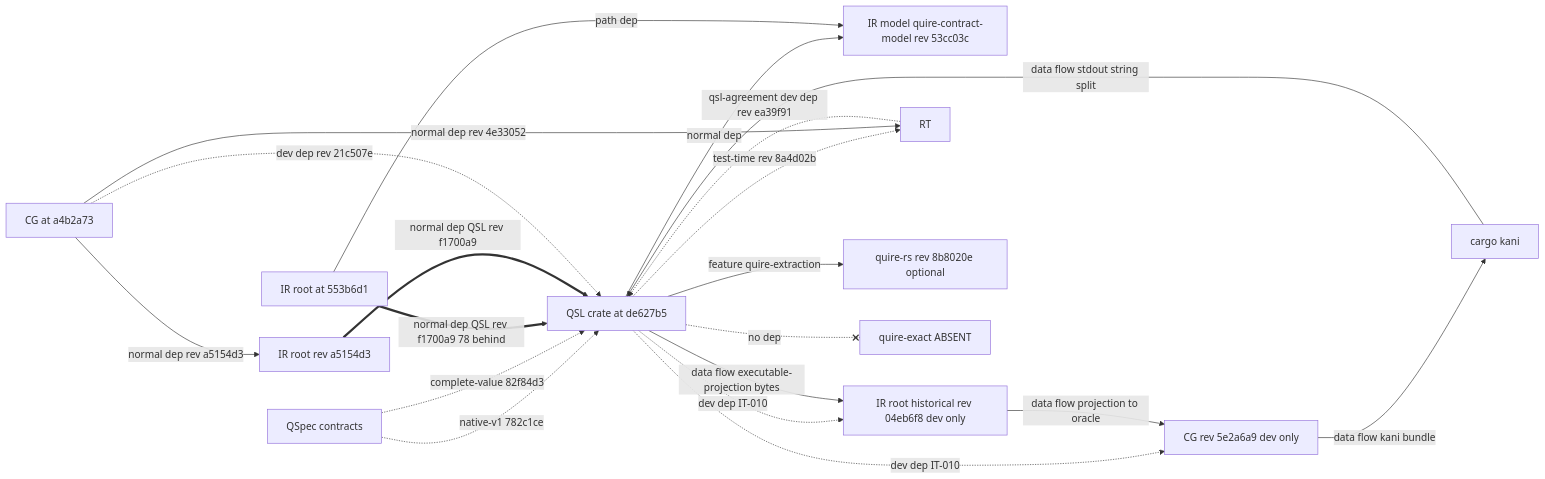
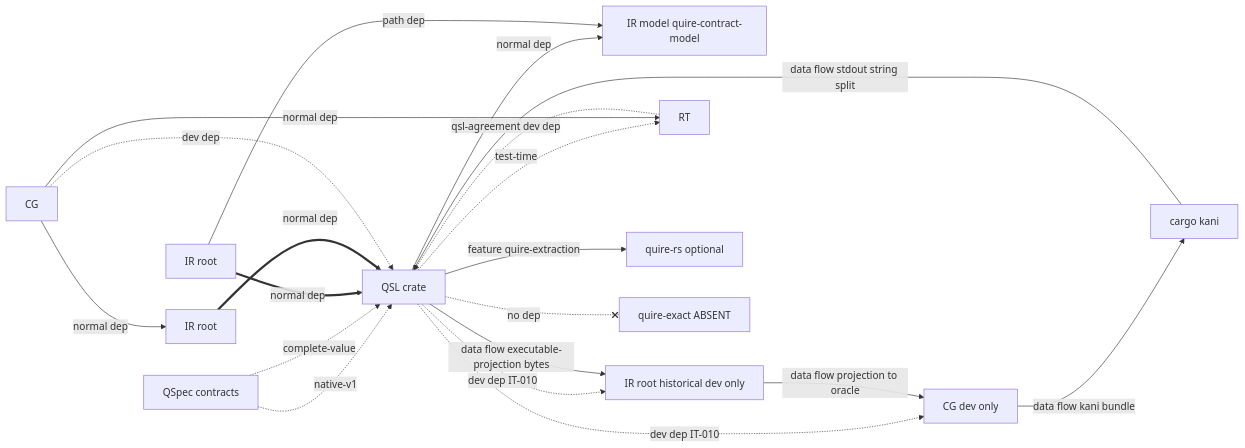
Before and after one commit to agent-ix/quire-spec-language: the third of 3 diagrams in spec/decisions/ADR-010-observed-architecture-baseline.md, drawn with Mermaid. The commit also changed other lines of this file and 1102 other files, not shown here.

````diff
--- a/spec/decisions/ADR-010-observed-architecture-baseline.md
+++ b/spec/decisions/ADR-010-observed-architecture-baseline.md
@@ -525,34 +506,34 @@
 ```mermaid
 graph LR
   QSpec[QSpec contracts]
-  QSL[QSL crate at de627b5]
-  IRCM[IR model quire-contract-model rev 53cc03c]
-  IRR[IR root at 553b6d1]
-  IRH[IR root historical rev 04eb6f8 dev only]
-  IRA[IR root rev a5154d3]
-  CG[CG rev 5e2a6a9 dev only]
-  CGM[CG at a4b2a73]
+  QSL[QSL crate]
+  IRCM[IR model quire-contract-model]
+  IRR[IR root]
+  IRH[IR root historical dev only]
+  IRA[IR root]
+  CG[CG dev only]
+  CGM[CG]
   RT[RT]
-  QRS[quire-rs rev 8b8020e optional]
+  QRS[quire-rs optional]
   QX[quire-exact ABSENT]
   Kani[cargo kani]
-  QSpec -.->|native-v1 782c1ce| QSL
-  QSpec -.->|complete-value 82f84d3| QSL
+  QSpec -.->|native-v1| QSL
+  QSpec -.->|complete-value| QSL
   QSL -->|normal dep| IRCM
   QSL -->|feature quire-extraction| QRS
   QSL -.->|dev dep IT-010| IRH
   QSL -.->|dev dep IT-010| CG
-  QSL -.->|test-time rev 8a4d02b| RT
+  QSL -.->|test-time| RT
   QSL -.-x|no dep| QX
   QSL -->|data flow executable-projection bytes| IRH
   IRH -->|data flow projection to oracle| CG
   CG -->|data flow kani bundle| Kani
   Kani -->|data flow stdout string split| QSL
   IRR -->|path dep| IRCM
-  IRR ==>|normal dep QSL rev f1700a9 78 behind| QSL
-  CGM -->|normal dep rev 4e33052| RT
-  CGM -->|normal dep rev a5154d3| IRA
-  IRA ==>|normal dep QSL rev f1700a9| QSL
-  CGM -.->|dev dep rev 21c507e| QSL
-  RT -.->|qsl-agreement dev dep rev ea39f91| QSL
+  IRR ==>|normal dep| QSL
+  CGM -->|normal dep| RT
+  CGM -->|normal dep| IRA
+  IRA ==>|normal dep| QSL
+  CGM -.->|dev dep| QSL
+  RT -.->|qsl-agreement dev dep| QSL
 ```
````
